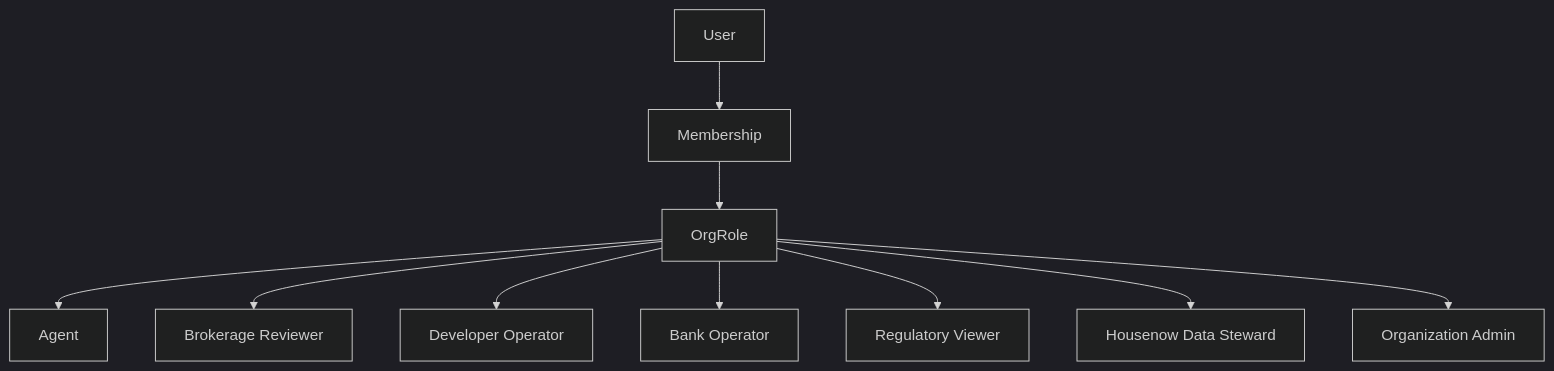
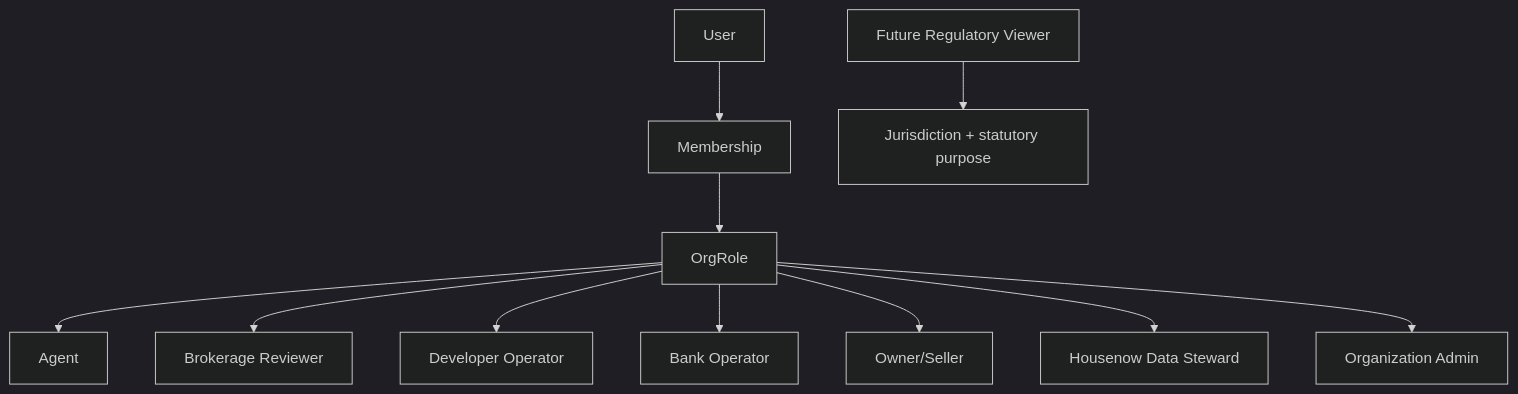
Before and after one commit to TheNowProject/hn-mls: the first of 3 diagrams in docs/product/product-requirements-baseline.md, drawn with Mermaid (dark theme). The commit also changed other lines of this file and 34 other files, not shown here.

````diff
--- a/docs/product/product-requirements-baseline.md
+++ b/docs/product/product-requirements-baseline.md
@@ -52,12 +57,13 @@
 ```mermaid
 flowchart TB
     User --> Membership
     Membership --> OrgRole
     OrgRole --> AgentRole["Agent"]
     OrgRole --> BrokerRole["Brokerage Reviewer"]
     OrgRole --> DeveloperRole["Developer Operator"]
     OrgRole --> BankRole["Bank Operator"]
-    OrgRole --> RegRole["Regulatory Viewer"]
+    OrgRole --> SellerRole["Owner/Seller"]
     OrgRole --> StewardRole["Housenow Data Steward"]
     OrgRole --> OrgAdmin["Organization Admin"]
+    FutureAuthority["Future Regulatory Viewer"] --> AuthorityScope["Jurisdiction + statutory purpose"]
 ```
````
